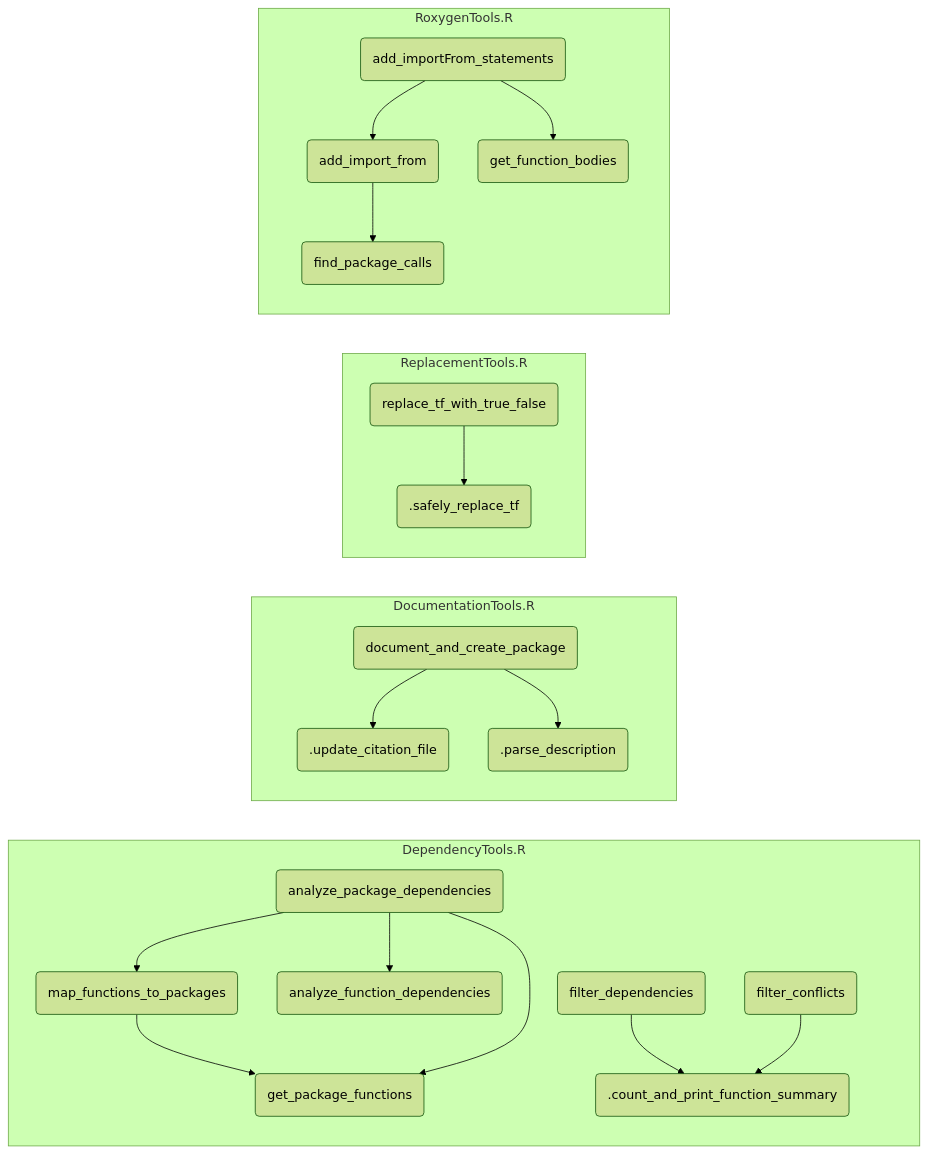
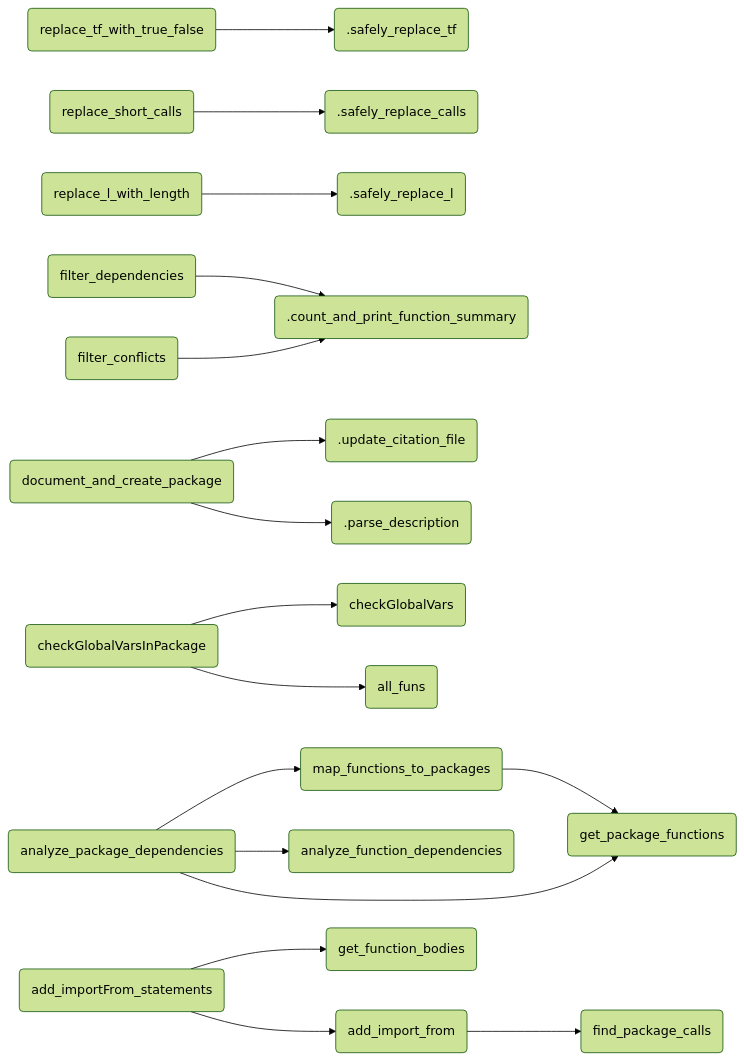
Before and after one commit to vertesy/PackageTools: the diagram in README.md, drawn with Mermaid (forest theme). The commit also changed other lines of this file and 19 other files, not shown here.

First line of the commit message:
Release PackageTools 0.9.0

````diff
--- a/README.md
+++ b/README.md
@@ -402,31 +416,20 @@
- ```mermaid
+```mermaid
  flowchart LR 
-  
-subgraph DependencyTools.R
 
-    map_functions_to_packages(map_functions_to_packages) --> get_package_functions(get_package_functions)
-    analyze_package_dependencies(analyze_package_dependencies) --> map_functions_to_packages(map_functions_to_packages)
-    analyze_package_dependencies(analyze_package_dependencies) --> get_package_functions(get_package_functions)
-    analyze_package_dependencies(analyze_package_dependencies) --> analyze_function_dependencies(analyze_function_dependencies)
-  
-    filter_dependencies(filter_dependencies) --> .count_and_print_function_summary(.count_and_print_function_summary)
-    filter_conflicts(filter_conflicts) --> .count_and_print_function_summary(.count_and_print_function_summary)
-
-end
-
-subgraph DocumentationTools.R
-    document_and_create_package(document_and_create_package) --> .update_citation_file(.update_citation_file)
-    document_and_create_package(document_and_create_package) --> .parse_description(.parse_description)
-end
-
-
-subgraph ReplacementTools.R
-    replace_tf_with_true_false(replace_tf_with_true_false) --> .safely_replace_tf(.safely_replace_tf)
-end
-
-subgraph RoxygenTools.R
-add_import_from(add_import_from) --> find_package_calls(find_package_calls)
+  replace_tf_with_true_false(replace_tf_with_true_false) --> .safely_replace_tf(.safely_replace_tf)
+  replace_short_calls(replace_short_calls) --> .safely_replace_calls(.safely_replace_calls)
+  replace_l_with_length(replace_l_with_length) --> .safely_replace_l(.safely_replace_l)
+  filter_dependencies(filter_dependencies) --> .count_and_print_function_summary(.count_and_print_function_summary)
+  filter_conflicts(filter_conflicts) --> .count_and_print_function_summary(.count_and_print_function_summary)
+  document_and_create_package(document_and_create_package) --> .update_citation_file(.update_citation_file)
+  document_and_create_package(document_and_create_package) --> .parse_description(.parse_description)
+  checkGlobalVarsInPackage(checkGlobalVarsInPackage) --> checkGlobalVars(checkGlobalVars)
+  checkGlobalVarsInPackage(checkGlobalVarsInPackage) --> all_funs(all_funs)
+  map_functions_to_packages(map_functions_to_packages) --> get_package_functions(get_package_functions)
+  analyze_package_dependencies(analyze_package_dependencies) --> map_functions_to_packages(map_functions_to_packages)
+  analyze_package_dependencies(analyze_package_dependencies) --> get_package_functions(get_package_functions)
+  analyze_package_dependencies(analyze_package_dependencies) --> analyze_function_dependencies(analyze_function_dependencies)
+  add_import_from(add_import_from) --> find_package_calls(find_package_calls)
   add_importFrom_statements(add_importFrom_statements) --> get_function_bodies(get_function_bodies)
   add_importFrom_statements(add_importFrom_statements) --> add_import_from(add_import_from)
-end
- ```
+```
````
